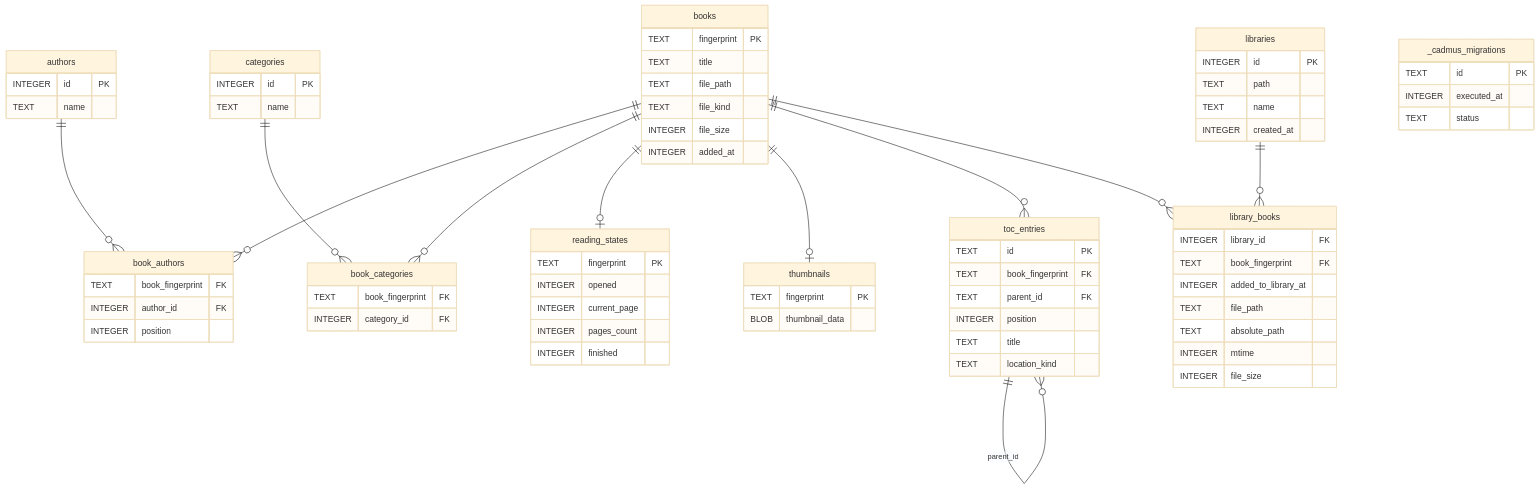
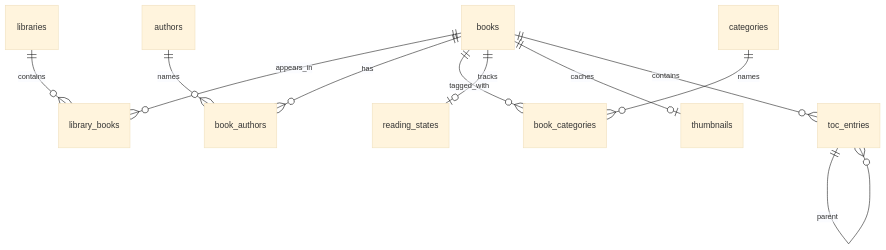
The first of 2 diagrams in docs/src/contributing/library-database.md (OGKevin/cadmus), drawn with Mermaid (base theme) before and after one commit. The commit also changed other lines of this file and 2 other files, not shown here.

First line of the commit message:
docs: focus library database doc on layout

````diff
--- a/docs/src/contributing/library-database.md
+++ b/docs/src/contributing/library-database.md
@@ -13,88 +12,13 @@
 ```mermaid
 erDiagram
-    books {
-        TEXT fingerprint PK
-        TEXT title
-        TEXT file_path
-        TEXT file_kind
-        INTEGER file_size
-        INTEGER added_at
-    }
-
-    authors {
-        INTEGER id PK
-        TEXT name
-    }
-
-    book_authors {
-        TEXT book_fingerprint FK
-        INTEGER author_id FK
-        INTEGER position
-    }
-
-    categories {
-        INTEGER id PK
-        TEXT name
-    }
-
-    book_categories {
-        TEXT book_fingerprint FK
-        INTEGER category_id FK
-    }
-
-    reading_states {
-        TEXT fingerprint PK
-        INTEGER opened
-        INTEGER current_page
-        INTEGER pages_count
-        INTEGER finished
-    }
-
-    thumbnails {
-        TEXT fingerprint PK
-        BLOB thumbnail_data
-    }
-
-    toc_entries {
-        TEXT id PK
-        TEXT book_fingerprint FK
-        TEXT parent_id FK
-        INTEGER position
-        TEXT title
-        TEXT location_kind
-    }
-
-    libraries {
-        INTEGER id PK
-        TEXT path
-        TEXT name
-        INTEGER created_at
-    }
-
-    library_books {
-        INTEGER library_id FK
-        TEXT book_fingerprint FK
-        INTEGER added_to_library_at
-        TEXT file_path
-        TEXT absolute_path
-        INTEGER mtime
-        INTEGER file_size
-    }
-
-    _cadmus_migrations {
-        TEXT id PK
-        INTEGER executed_at
-        TEXT status
-    }
-
-    books ||--o{ book_authors : ""
-    authors ||--o{ book_authors : ""
-    books ||--o{ book_categories : ""
-    categories ||--o{ book_categories : ""
-    books ||--o| reading_states : ""
-    books ||--o| thumbnails : ""
-    books ||--o{ toc_entries : ""
-    toc_entries ||--o{ toc_entries : "parent_id"
-    libraries ||--o{ library_books : ""
-    books ||--o{ library_books : ""
+    libraries ||--o{ library_books : contains
+    books ||--o{ library_books : appears_in
+    books ||--o{ book_authors : has
+    authors ||--o{ book_authors : names
+    books ||--o{ book_categories : tagged_with
+    categories ||--o{ book_categories : names
+    books ||--o| reading_states : tracks
+    books ||--o| thumbnails : caches
+    books ||--o{ toc_entries : contains
+    toc_entries ||--o{ toc_entries : parent
 ```
````
